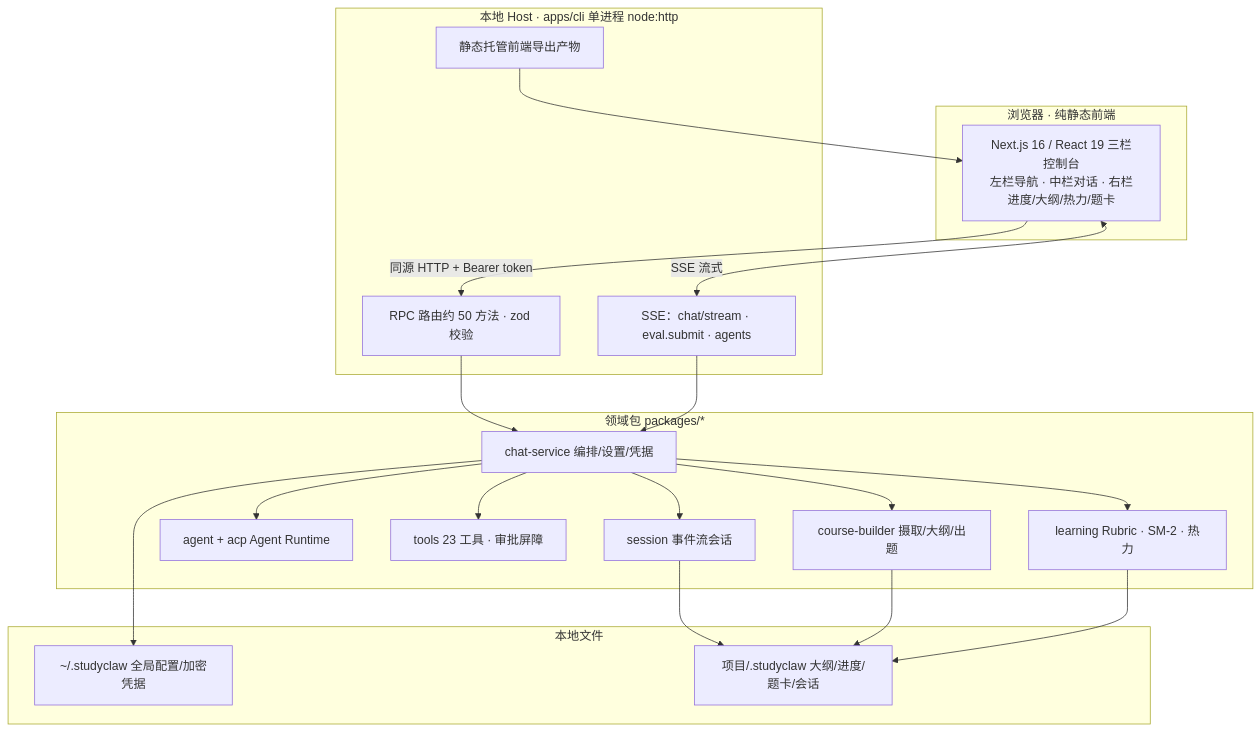
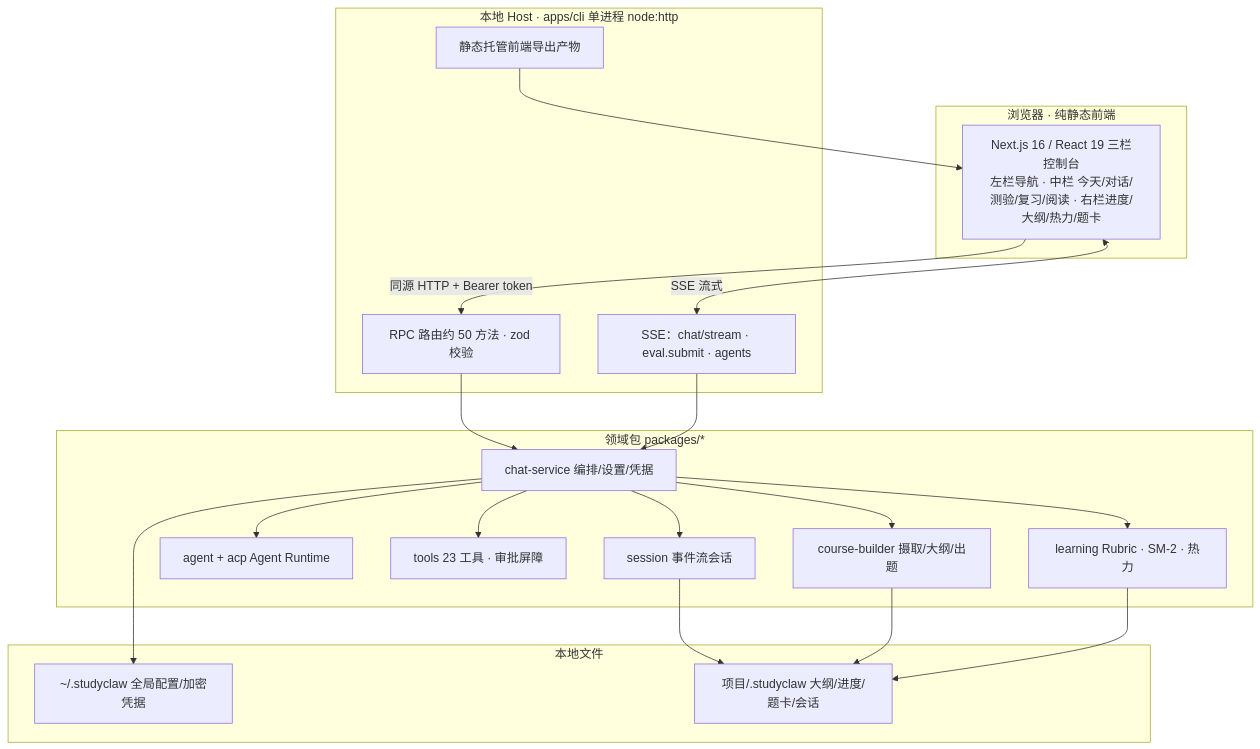
The second of 2 diagrams in README.md (Favio8/studyclaw-next), drawn with Mermaid before and after one commit. The commit also changed other lines of this file and 6 other files, not shown here.

Commit message:
📝 docs: sync changelog, data flow and repository guides

````diff
--- a/README.md
+++ b/README.md
@@ -110,37 +127,37 @@
 ```mermaid
 flowchart TD
     subgraph Browser["浏览器 · 纯静态前端"]
-        UI["Next.js 16 / React 19 三栏控制台<br/>左栏导航 · 中栏对话 · 右栏进度/大纲/热力/题卡"]
+        UI["Next.js 16 / React 19 三栏控制台<br/>左栏导航 · 中栏 今天/对话/测验/复习/阅读 · 右栏进度/大纲/热力/题卡"]
     end
     subgraph Host["本地 Host · apps/cli 单进程 node:http"]
         RPC["RPC 路由约 50 方法 · zod 校验"]
         SSE["SSE：chat/stream · eval.submit · agents"]
         STATIC["静态托管前端导出产物"]
     end
     subgraph Domain["领域包 packages/*"]
         S["session 事件流会话"]
         AG["agent + acp Agent Runtime"]
         T["tools 23 工具 · 审批屏障"]
         CB["course-builder 摄取/大纲/出题"]
         L["learning Rubric · SM-2 · 热力"]
         CS["chat-service 编排/设置/凭据"]
     end
     subgraph State["本地文件"]
         G["~/.studyclaw 全局配置/加密凭据"]
         P["项目/.studyclaw 大纲/进度/题卡/会话"]
     end
     UI -->|"同源 HTTP + Bearer token"| RPC
     UI <-->|"SSE 流式"| SSE
     RPC --> CS
     SSE --> CS
     STATIC --> UI
     CS --> S
     CS --> AG
     CS --> T
     CS --> CB
     CS --> L
     S --> P
     CB --> P
     L --> P
     CS --> G
 ```
````
